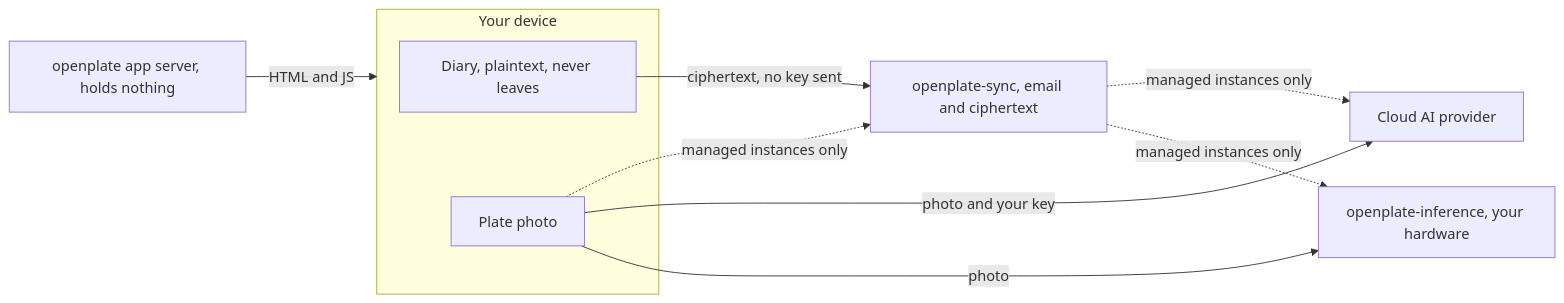
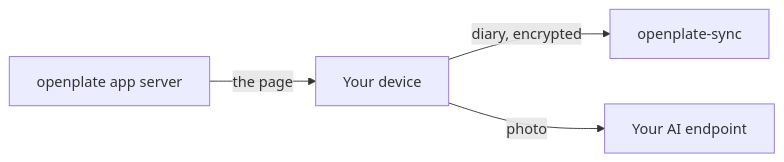
Before and after one commit to LowCarbCheck/openplate: the diagram in docs/architecture.md, drawn with Mermaid. The commit also changed other lines of this file, not shown here.

Commit message:
docs(architecture): draw the whole system in three arrows
The topology drawing was five nodes, a subgraph and seven edges, three of
them dotted exceptions for managed instances. It is the first thing a
reader of the front page meets, and at that density the labels are noise:
the argument it exists to make, two things leave your device and the app
server is on neither path, does not survive the reading.

It is now one row: app server, your device, and the two destinations. The
managed-instance case, the inference box and the cloud provider are named
in the paragraph under it and drawn one at a time in topologies.md, where
a reader who is choosing what to run is already standing.

````diff
--- a/docs/architecture.md
+++ b/docs/architecture.md
@@ -13,20 +12,7 @@
 ```mermaid
-%% alt: The diary leaves the device as ciphertext for the sync server, and the photo goes straight to an AI endpoint, never through the sync server.
+%% alt: The device holds the diary and the photo, the diary leaves encrypted for the sync server, and the photo goes to the AI endpoint you configured.
 flowchart LR
-  app["openplate app server, holds nothing"]
-  subgraph device["Your device"]
-    diary["Diary, plaintext, never leaves"]
-    photo["Plate photo"]
-  end
-  sync["openplate-sync, email and ciphertext"]
-  inf["openplate-inference, your hardware"]
-  cloud["Cloud AI provider"]
-
-  app -->|"HTML and JS"| device
-  diary -->|"ciphertext, no key sent"| sync
-  photo -->|"photo"| inf
-  photo -->|"photo and your key"| cloud
-  photo -.->|"managed instances only"| sync
-  sync -.->|"managed instances only"| inf
-  sync -.->|"managed instances only"| cloud
+  app["openplate app server"] -->|"the page"| device["Your device"]
+  device -->|"diary, encrypted"| sync["openplate-sync"]
+  device -->|"photo"| ai["Your AI endpoint"]
 ```
````
